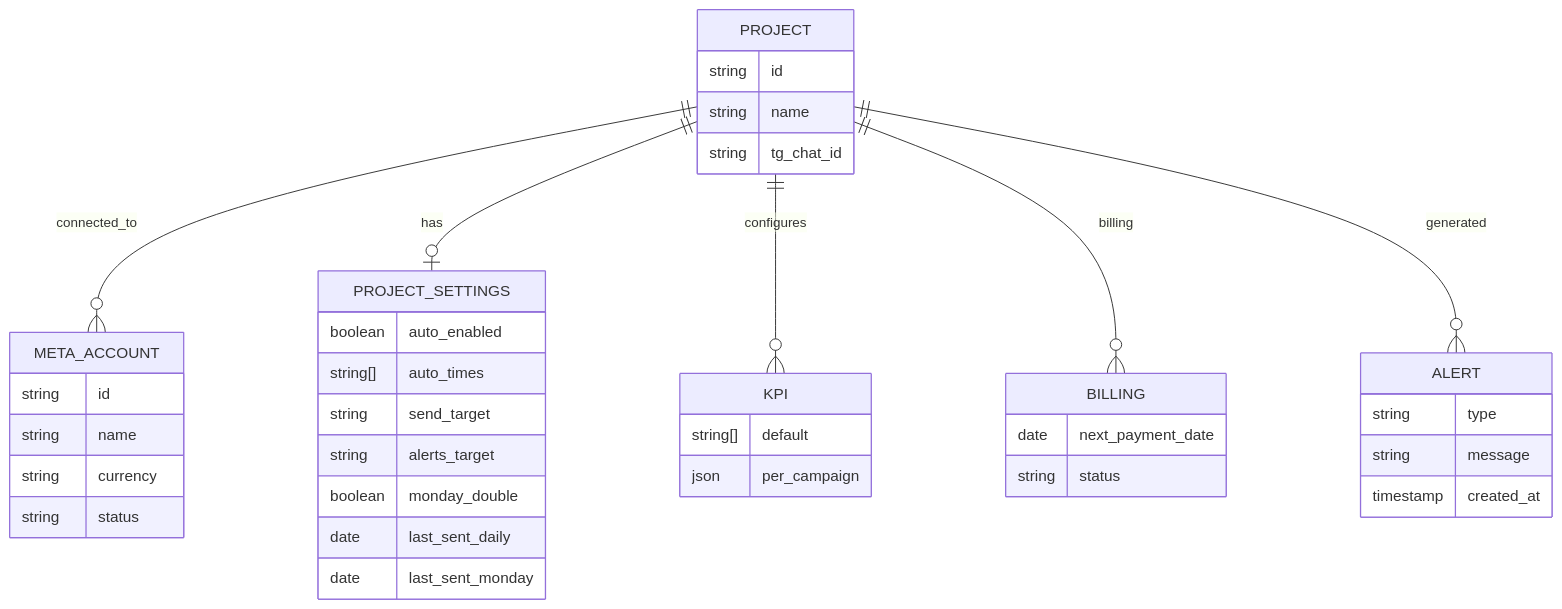
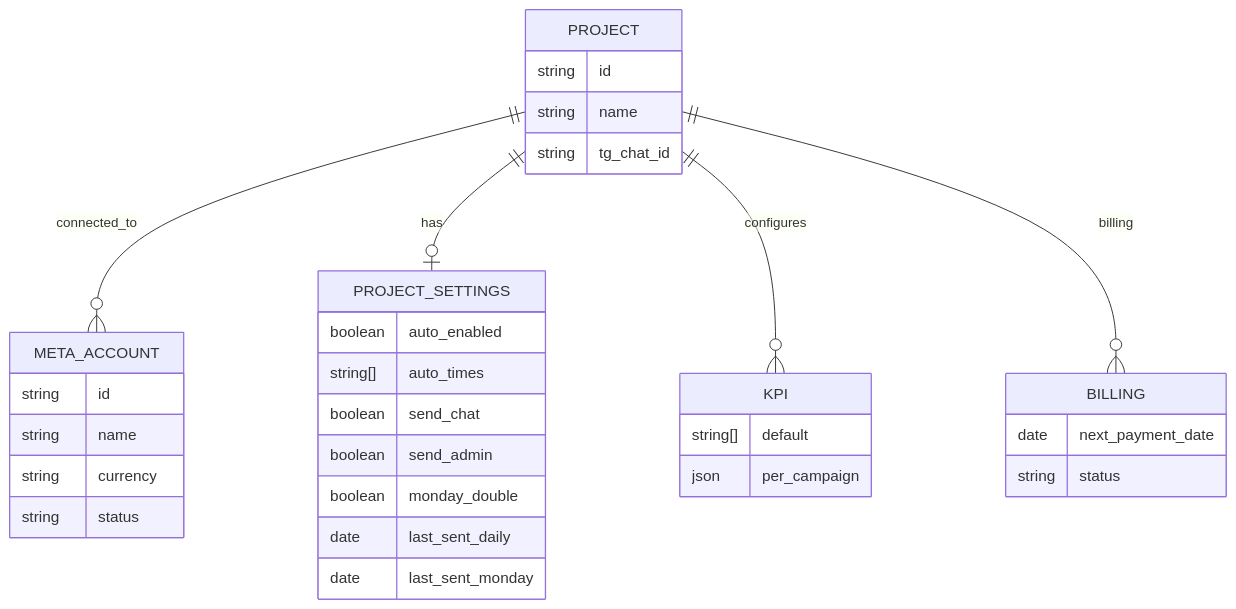
One commit to buyclientuz-pixel/targetbot changed the first of 2 diagrams in SPEC-AUTO-REPORT-v3.md. Above: the diagram before and after it, drawn with Mermaid. The commit also changed other lines of this file and 69 other files, not shown here.

````diff
--- a/SPEC-AUTO-REPORT-v3.md
+++ b/SPEC-AUTO-REPORT-v3.md
@@ -53,47 +52,41 @@
 ```mermaid
 erDiagram
 
     PROJECT ||--o{ META_ACCOUNT : "connected_to"
     PROJECT {
         string id
         string name
         string tg_chat_id
     }
 
     META_ACCOUNT {
         string id
         string name
         string currency
         string status
     }
 
     PROJECT ||--o| PROJECT_SETTINGS : "has"
     PROJECT_SETTINGS {
         boolean auto_enabled
         string[] auto_times
-        string send_target
-        string alerts_target
+        boolean send_chat
+        boolean send_admin
         boolean monday_double
         date last_sent_daily
         date last_sent_monday
     }
 
     PROJECT ||--o{ KPI : "configures"
     KPI {
         string[] default
         json per_campaign
     }
 
     PROJECT ||--o{ BILLING : "billing"
     BILLING {
         date next_payment_date
         string status
     }
 
-    PROJECT ||--o{ ALERT : "generated"
-    ALERT {
-        string type
-        string message
-        timestamp created_at
-    }
 ```
````
